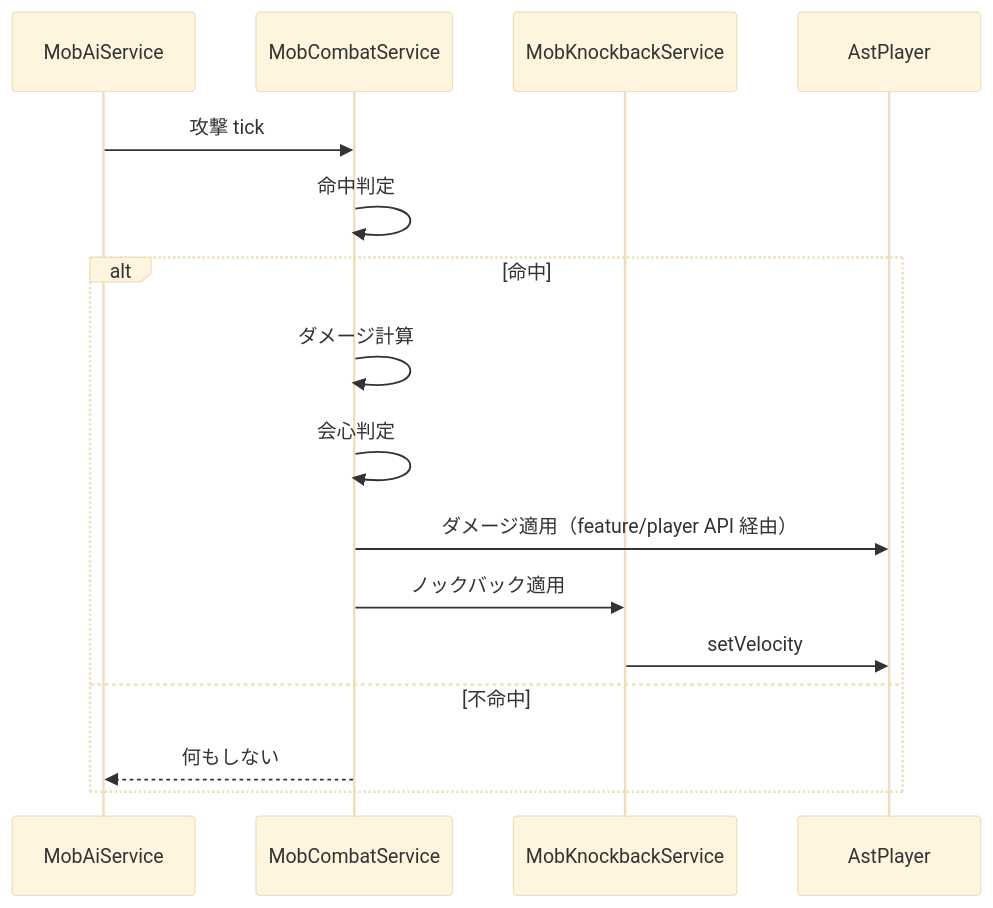
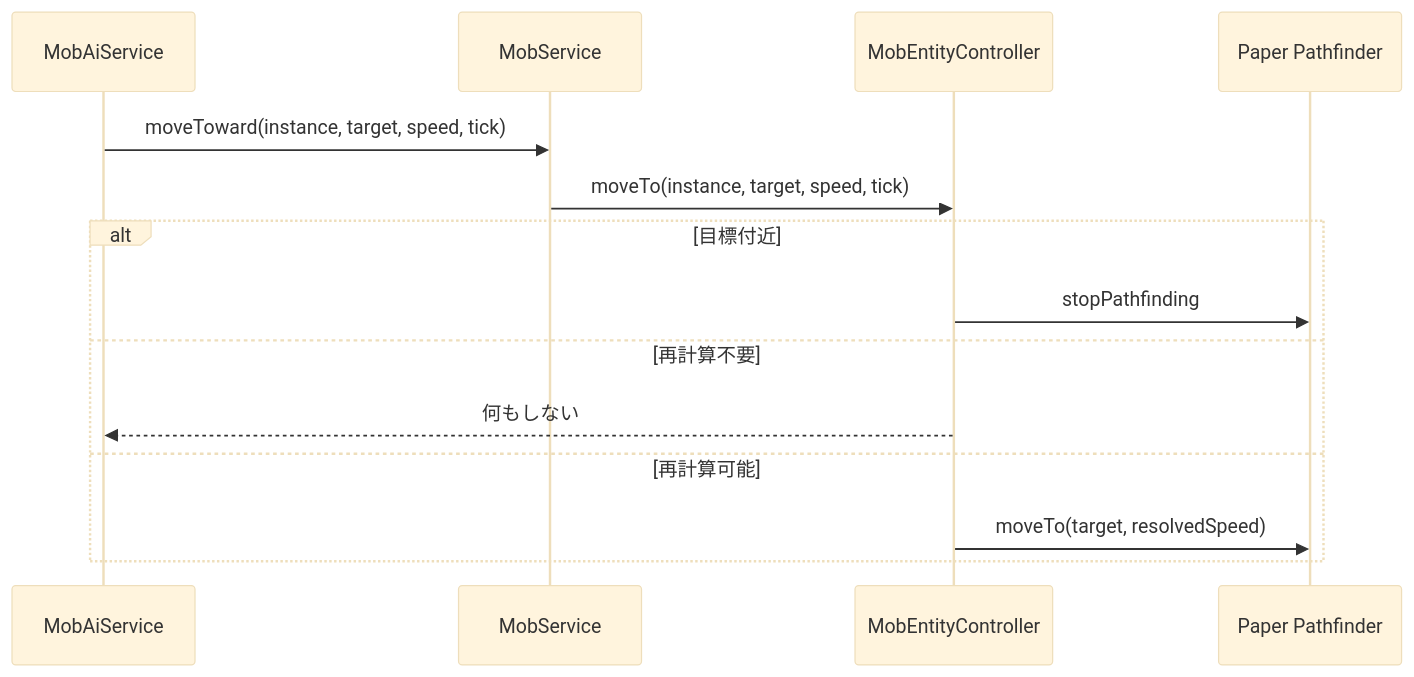
Before and after one commit to maaasu/AstralRecord-Workspace: the third of 5 diagrams in 00_docs/10_プラグイン設計書/feature/12-mob/4-統合フロー/12_4.00-統合フロー.md, drawn with Mermaid (base theme). The commit also changed other lines of this file and 20 other files, not shown here.

````diff
--- a/00_docs/10_プラグイン設計書/feature/12-mob/4-統合フロー/12_4.00-統合フロー.md
+++ b/00_docs/10_プラグイン設計書/feature/12-mob/4-統合フロー/12_4.00-統合フロー.md
@@ -84,19 +67,17 @@
 ```mermaid
 sequenceDiagram
     participant A as MobAiService
-    participant CB as MobCombatService
-    participant KB as MobKnockbackService
-    participant P as AstPlayer
+    participant S as MobService
+    participant E as MobEntityController
+    participant P as Paper Pathfinder
 
-    A->>CB: 攻撃 tick
-    CB->>CB: 命中判定
-    alt 命中
-        CB->>CB: ダメージ計算
-        CB->>CB: 会心判定
-        CB->>P: ダメージ適用（feature/player API 経由）
-        CB->>KB: ノックバック適用
-        KB->>P: setVelocity
-    else 不命中
-        CB-->>A: 何もしない
+    A->>S: moveToward(instance, target, speed, tick)
+    S->>E: moveTo(instance, target, speed, tick)
+    alt 目標付近
+        E->>P: stopPathfinding
+    else 再計算不要
+        E-->>A: 何もしない
+    else 再計算可能
+        E->>P: moveTo(target, resolvedSpeed)
     end
 ```
````
